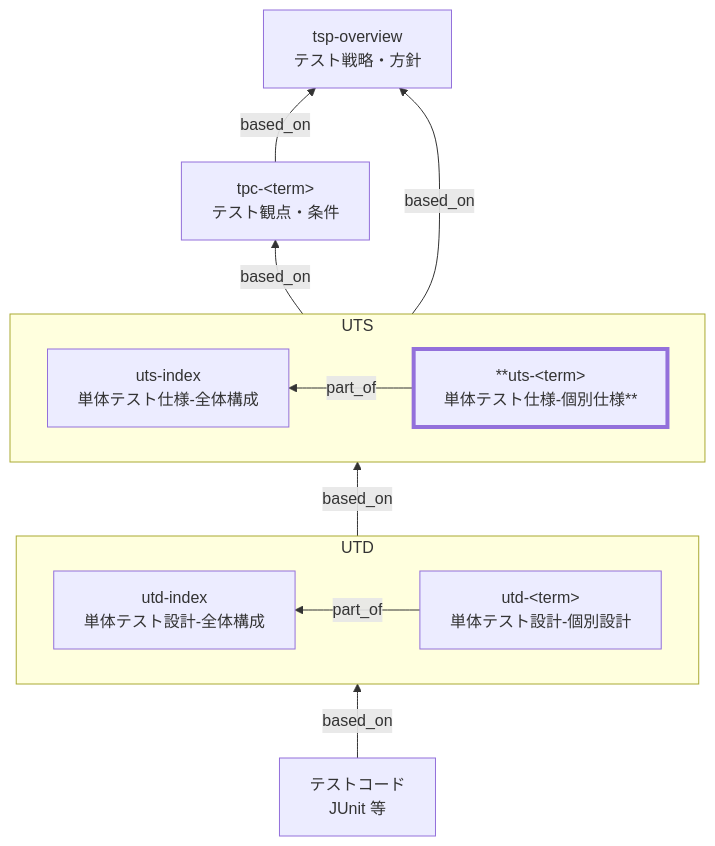
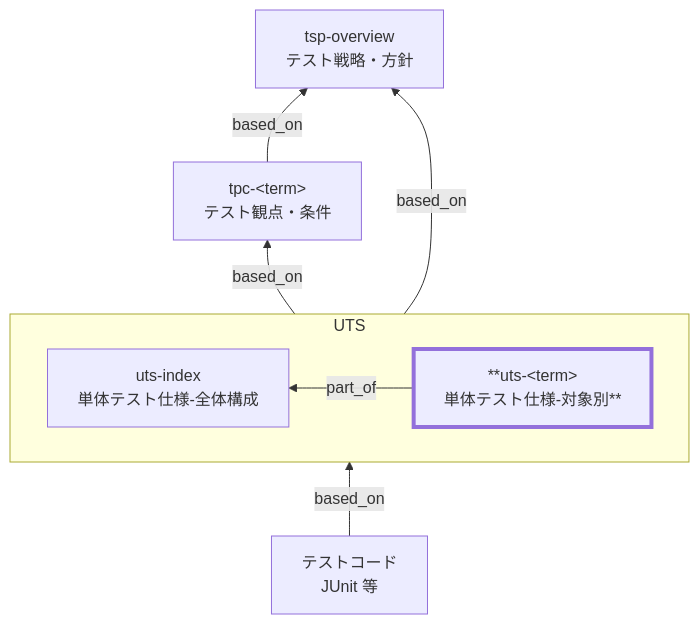
The diagram in docs/ja/handbook/rules/uts-rules.md (specdojo/spec-dojo-handbook), drawn with Mermaid before and after one commit. The commit also changed other lines of this file and 5 other files, not shown here.

````diff
--- a/docs/ja/handbook/rules/uts-rules.md
+++ b/docs/ja/handbook/rules/uts-rules.md
@@ -19,30 +24,22 @@
 ```mermaid
 flowchart BT
   TSP["tsp-overview<br>テスト戦略・方針"]
   TPC["tpc-&lt;term&gt;<br>テスト観点・条件"]
 
   subgraph UTS
   direction RL
     UTSIndex["uts-index<br>単体テスト仕様-全体構成"]
-    UTSDetail["**uts-&lt;term&gt;<br>単体テスト仕様-個別仕様**"]
+    UTSDetail["**uts-&lt;term&gt;<br>単体テスト仕様-対象別**"]
     UTSDetail -->|part_of| UTSIndex
-  end
-
-  subgraph UTD
-  direction RL
-    UTDIndex["utd-index<br>単体テスト設計-全体構成"]
-    UTDDetail["utd-&lt;term&gt;<br>単体テスト設計-個別設計"]
-    UTDDetail -->|part_of| UTDIndex
   end
 
   TC["テストコード<br>JUnit 等"]
 
   TPC -->|based_on| TSP
-  UTD -->|based_on| UTS
-  TC -->|based_on| UTD
   UTS -->|based_on| TSP
   UTS -->|based_on| TPC
+  TC -->|based_on| UTS
 
   classDef target stroke-width:4px
   class UTSDetail target
 ```
````
